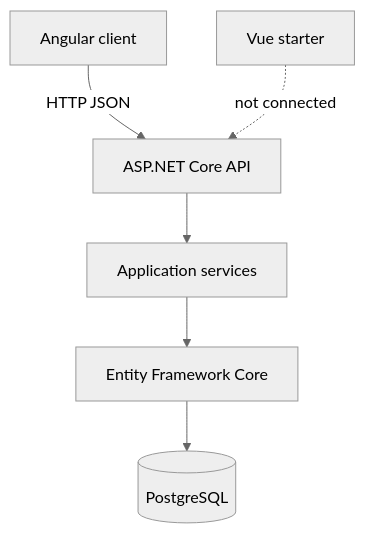
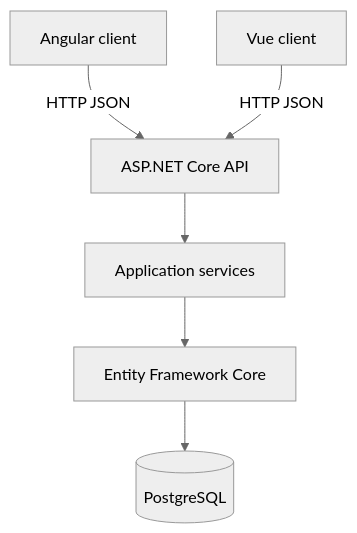
The diagram in README.md (jayvilla/business-marketplace), drawn with Mermaid (neutral theme) before and after one commit. The commit also changed other lines of this file and 6 other files, not shown here.

````diff
--- a/README.md
+++ b/README.md
@@ -87,15 +88,15 @@
 ```mermaid
 flowchart TD
   angular[Angular client]
-  vue[Vue starter]
+  vue[Vue client]
   api[ASP.NET Core API]
   services[Application services]
   ef[Entity Framework Core]
   db[(PostgreSQL)]
 
   angular -->|HTTP JSON| api
-  vue -.->|not connected| api
+  vue -->|HTTP JSON| api
   api --> services
   services --> ef
   ef --> db
 ```
````
